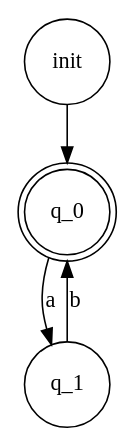
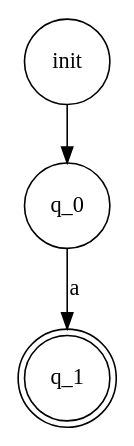
One commit to salcosser/grepy changed the diagram in _Grepy/grepy/NFA.DOT. Above: the diagram before and after it, drawn with Graphviz. The commit also changed 5 other files, not shown here.

```diff
--- a/_Grepy/grepy/NFA.DOT
+++ b/_Grepy/grepy/NFA.DOT
@@ -1,9 +1,8 @@
 digraph NFA {
 rankdir=q
 size="8,5"
-node [shape = doublecircle]; q_0;
+node [shape = doublecircle]; q_1;
 node [shape = circle];
 init -> q_0 [style=solid]
 q_0 -> q_1 [ label= "a"];
-q_1 -> q_0 [ label= "b"];
 }
```
